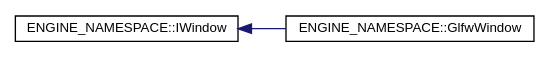
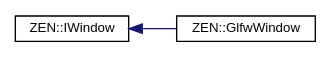
One commit to markhj/zeronetics changed the diagram in inherit_graph_2.dot. Above: the diagram before and after it, drawn with Graphviz. The commit also changed 31 other files, not shown here.

```diff
--- a/inherit_graph_2.dot
+++ b/inherit_graph_2.dot
@@ -1,10 +1,10 @@
 digraph "Graphical Class Hierarchy"
 {
  // LATEX_PDF_SIZE
   edge [fontname="Helvetica",fontsize="10",labelfontname="Helvetica",labelfontsize="10"];
   node [fontname="Helvetica",fontsize="10",shape=record];
   rankdir="LR";
-  Node0 [label="ENGINE_NAMESPACE::IWindow",height=0.2,width=0.4,color="black", fillcolor="white", style="filled",URL="$classENGINE__NAMESPACE_1_1IWindow.html",tooltip=" "];
+  Node0 [label="ZEN::IWindow",height=0.2,width=0.4,color="black", fillcolor="white", style="filled",URL="$classZEN_1_1IWindow.html",tooltip=" "];
   Node0 -> Node1 [dir="back",color="midnightblue",fontsize="10",style="solid",fontname="Helvetica"];
-  Node1 [label="ENGINE_NAMESPACE::GlfwWindow",height=0.2,width=0.4,color="black", fillcolor="white", style="filled",URL="$classENGINE__NAMESPACE_1_1GlfwWindow.html",tooltip=" "];
+  Node1 [label="ZEN::GlfwWindow",height=0.2,width=0.4,color="black", fillcolor="white", style="filled",URL="$classZEN_1_1GlfwWindow.html",tooltip=" "];
 }
```
